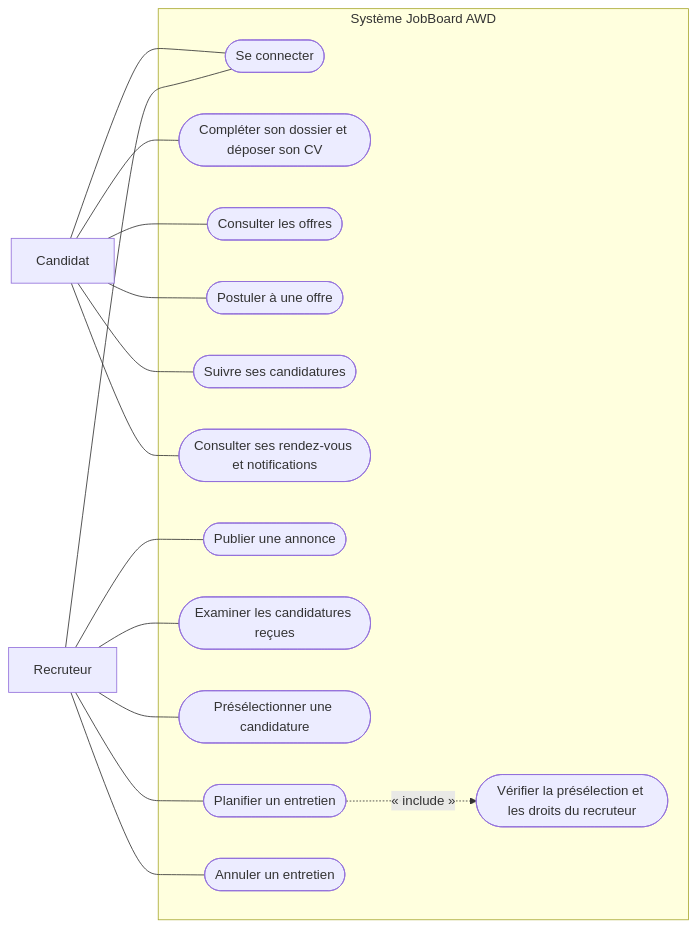
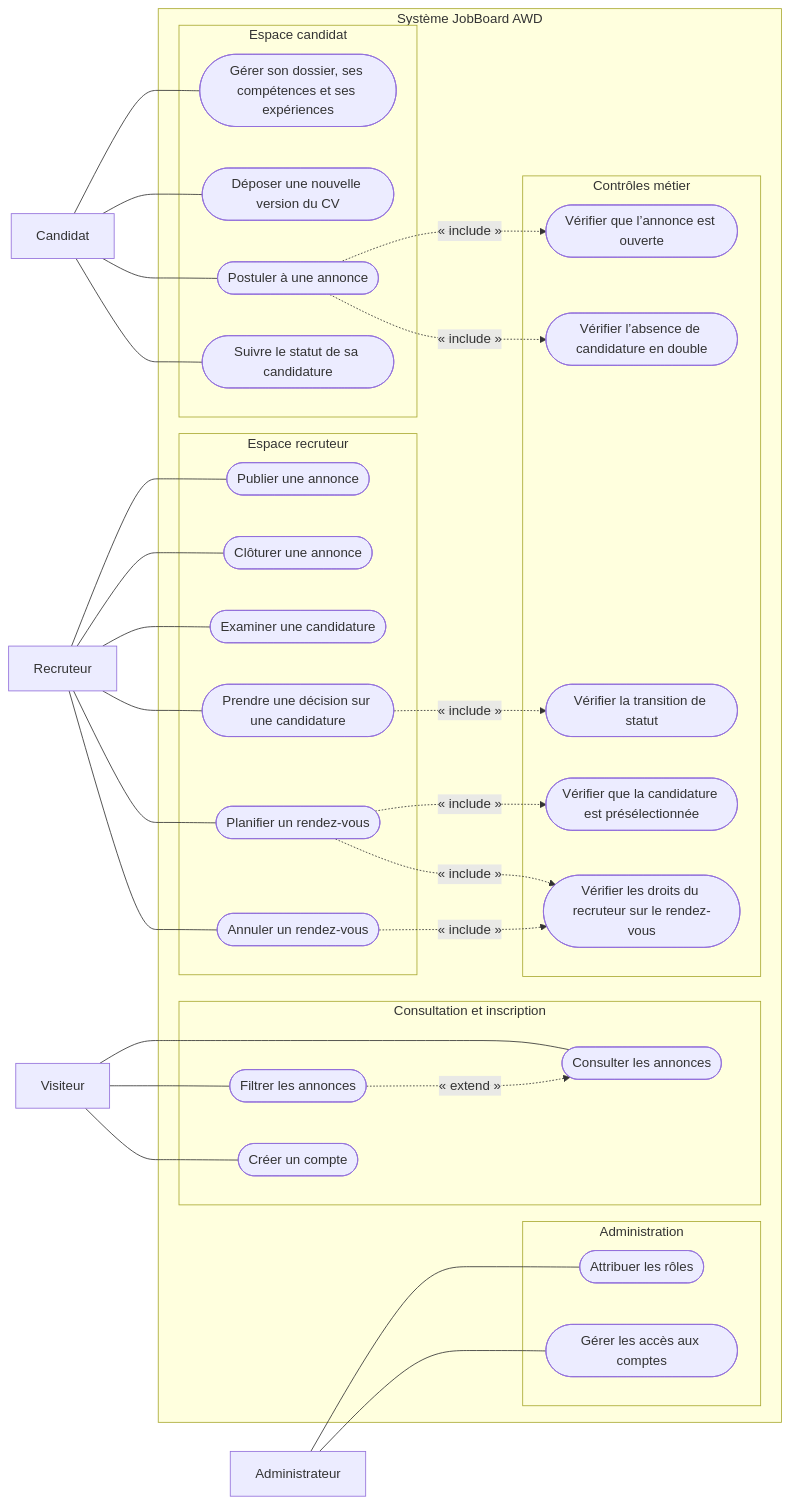
Before and after one commit to amineGhzaiel/awd-Rec-4SSA11-g4: the second of 2 diagrams in digrams.md, drawn with Mermaid. The commit also changed other lines of this file, not shown here.

````diff
--- a/digrams.md
+++ b/digrams.md
@@ -78,37 +138,71 @@
 ```mermaid
 flowchart LR
+    V["Visiteur"]
     C["Candidat"]
     R["Recruteur"]
+    A["Administrateur"]
 
     subgraph JOB["Système JobBoard AWD"]
-        AUTH(["Se connecter"])
-        DOS(["Compléter son dossier et déposer son CV"])
-        OFF(["Consulter les offres"])
-        POST(["Postuler à une offre"])
-        SUIVI(["Suivre ses candidatures"])
-        RDV(["Consulter ses rendez-vous et notifications"])
+        subgraph PUBLIC["Consultation et inscription"]
+            VOIR(["Consulter les annonces"])
+            FILTRER(["Filtrer les annonces"])
+            INSCRIPTION(["Créer un compte"])
+        end
 
-        PUB(["Publier une annonce"])
-        EXAM(["Examiner les candidatures reçues"])
-        PRE(["Présélectionner une candidature"])
-        PLAN(["Planifier un entretien"])
-        ANN(["Annuler un entretien"])
-        VERIF(["Vérifier la présélection et les droits du recruteur"])
+        subgraph CAND["Espace candidat"]
+            DOSSIER(["Gérer son dossier, ses compétences et ses expériences"])
+            CV(["Déposer une nouvelle version du CV"])
+            POSTULER(["Postuler à une annonce"])
+            SUIVI(["Suivre le statut de sa candidature"])
+        end
+
+        subgraph RECR["Espace recruteur"]
+            PUBLIER(["Publier une annonce"])
+            CLOTURER(["Clôturer une annonce"])
+            EXAMINER(["Examiner une candidature"])
+            DECIDER(["Prendre une décision sur une candidature"])
+            PLANIFIER(["Planifier un rendez-vous"])
+            ANNULER(["Annuler un rendez-vous"])
+        end
+
+        subgraph ADMIN["Administration"]
+            ROLES(["Attribuer les rôles"])
+            ACCES(["Gérer les accès aux comptes"])
+        end
+
+        subgraph CONTROLES["Contrôles métier"]
+            OUVERTURE(["Vérifier que l’annonce est ouverte"])
+            DOUBLON(["Vérifier l’absence de candidature en double"])
+            TRANSITION(["Vérifier la transition de statut"])
+            PRESELECTION(["Vérifier que la candidature est présélectionnée"])
+            AUTORISATION(["Vérifier les droits du recruteur sur le rendez-vous"])
+        end
     end
 
-    C --- AUTH
-    C --- DOS
-    C --- OFF
-    C --- POST
+    V --- VOIR
+    V --- FILTRER
+    V --- INSCRIPTION
+
+    C --- DOSSIER
+    C --- CV
+    C --- POSTULER
     C --- SUIVI
-    C --- RDV
 
-    R --- AUTH
-    R --- PUB
-    R --- EXAM
-    R --- PRE
-    R --- PLAN
-    R --- ANN
+    R --- PUBLIER
+    R --- CLOTURER
+    R --- EXAMINER
+    R --- DECIDER
+    R --- PLANIFIER
+    R --- ANNULER
 
-    PLAN -. "« include »" .-> VERIF
+    A --- ROLES
+    A --- ACCES
+
+    FILTRER -. "« extend »" .-> VOIR
+    POSTULER -. "« include »" .-> OUVERTURE
+    POSTULER -. "« include »" .-> DOUBLON
+    DECIDER -. "« include »" .-> TRANSITION
+    PLANIFIER -. "« include »" .-> PRESELECTION
+    PLANIFIER -. "« include »" .-> AUTORISATION
+    ANNULER -. "« include »" .-> AUTORISATION
 ```
````
